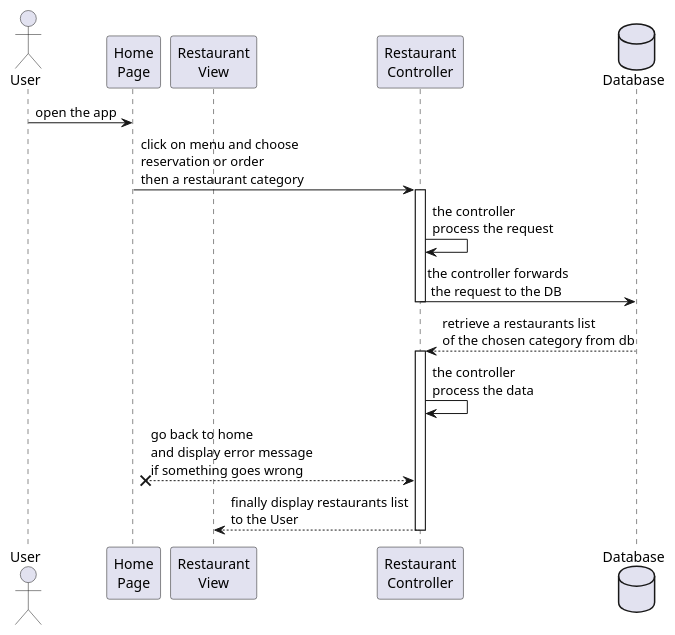
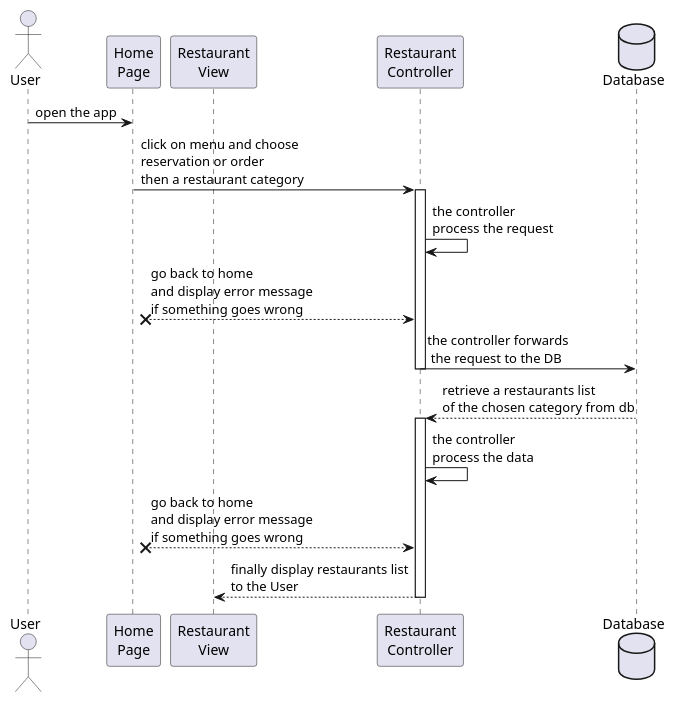
One commit to TommasoScalici/FoodDelivery changed the diagram in src/main/java/unipa/fooddelivery/diagrams/sequence/displayrestaurants.wsd. Above: the diagram before and after it, drawn with PlantUML.

```diff
--- a/src/main/java/unipa/fooddelivery/diagrams/sequence/displayrestaurants.wsd
+++ b/src/main/java/unipa/fooddelivery/diagrams/sequence/displayrestaurants.wsd
@@ -1,24 +1,25 @@
 @startuml displayrestaurants
 
 actor User 
 participant "Home\nPage" as HomePage
 participant "Restaurant\nView" as RestaurantView
 participant "Restaurant\nController" as RestaurantController
 database Database as DB
 
 
 User -> HomePage : open the app
 HomePage -> RestaurantController: click on menu and choose\nreservation or order\nthen a restaurant category
 
 activate RestaurantController
 RestaurantController -> RestaurantController : the controller\nprocess the request
+HomePage x-- RestaurantController : go back to home\nand display error message\nif something goes wrong
 RestaurantController -> DB : the controller forwards\n the request to the DB
 deactivate RestaurantController
 
 RestaurantController <-- DB : retrieve a restaurants list\nof the chosen category from db
 activate RestaurantController
 RestaurantController -> RestaurantController : the controller\nprocess the data
 HomePage x-- RestaurantController : go back to home\nand display error message\nif something goes wrong
 RestaurantView <-- RestaurantController: finally display restaurants list\nto the User
 deactivate RestaurantController
 @enduml
```
